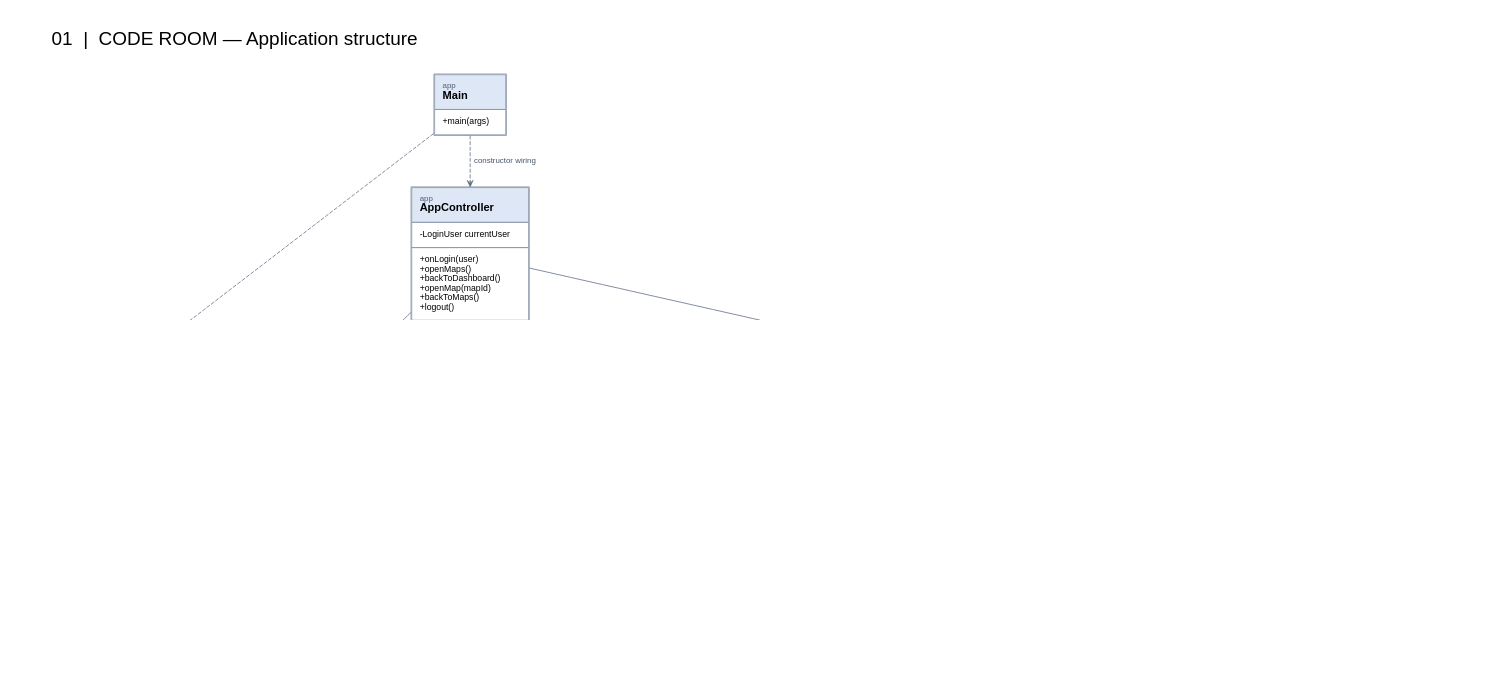
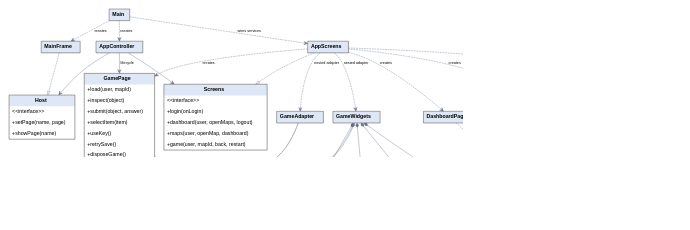
One commit to hhannn001/JavaOOP_repository changed the diagram in Document/diagrams/01_overview.dot. Above: the diagram before and after it, drawn with Graphviz. The commit also changed 34 other files, not shown here.

First line of the commit message:
docs: 현재 구현 기준으로 프로젝트 문서와 다이어그램 재정비

```diff
--- a/Document/diagrams/01_overview.dot
+++ b/Document/diagrams/01_overview.dot
@@ -1,53 +1,57 @@
 digraph G {
-graph [rankdir=TB, bgcolor="white", pad="0.45", nodesep="0.45", ranksep="0.75", dpi=160, splines=polyline, fontname="Helvetica", fontsize=24, labelloc=t, labeljust=l, label="01  |  CODE ROOM — Application structure\n "];
+graph [rankdir=TB, bgcolor="white", pad=0.3, nodesep=0.35, ranksep=0.6, dpi=110];
 node [shape=plain, fontname="Helvetica"];
-edge [fontname="Helvetica", fontsize=10, color="#627086", fontcolor="#46546a", arrowsize=0.8];
-Main [label=<<TABLE BORDER="1" CELLBORDER="1" CELLSPACING="0" CELLPADDING="9" COLOR="#8896a9"><TR><TD ALIGN="LEFT" BGCOLOR="#dde7f5"><FONT POINT-SIZE="10" COLOR="#536075">app</FONT><BR ALIGN="LEFT"/><B>Main</B></TD></TR><TR><TD ALIGN="LEFT" BALIGN="LEFT"><FONT POINT-SIZE="11">+main(args)<BR ALIGN="LEFT"/></FONT></TD></TR></TABLE>>];
-MainFrame [label=<<TABLE BORDER="1" CELLBORDER="1" CELLSPACING="0" CELLPADDING="9" COLOR="#8896a9"><TR><TD ALIGN="LEFT" BGCOLOR="#dde7f5"><FONT POINT-SIZE="10" COLOR="#536075">app</FONT><BR ALIGN="LEFT"/><B>MainFrame</B></TD></TR><TR><TD ALIGN="LEFT" BALIGN="LEFT"><FONT POINT-SIZE="11">-CardLayout layout<BR ALIGN="LEFT"/></FONT></TD></TR><TR><TD ALIGN="LEFT" BALIGN="LEFT"><FONT POINT-SIZE="11">+showPage(name)<BR ALIGN="LEFT"/></FONT></TD></TR></TABLE>>];
-AppController [label=<<TABLE BORDER="1" CELLBORDER="1" CELLSPACING="0" CELLPADDING="9" COLOR="#8896a9"><TR><TD ALIGN="LEFT" BGCOLOR="#dde7f5"><FONT POINT-SIZE="10" COLOR="#536075">app</FONT><BR ALIGN="LEFT"/><B>AppController</B></TD></TR><TR><TD ALIGN="LEFT" BALIGN="LEFT"><FONT POINT-SIZE="11">-LoginUser currentUser<BR ALIGN="LEFT"/></FONT></TD></TR><TR><TD ALIGN="LEFT" BALIGN="LEFT"><FONT POINT-SIZE="11">+onLogin(user)<BR ALIGN="LEFT"/>+openMaps()<BR ALIGN="LEFT"/>+backToDashboard()<BR ALIGN="LEFT"/>+openMap(mapId)<BR ALIGN="LEFT"/>+backToMaps()<BR ALIGN="LEFT"/>+logout()<BR ALIGN="LEFT"/></FONT></TD></TR></TABLE>>];
-DashboardPage [label=<<TABLE BORDER="1" CELLBORDER="1" CELLSPACING="0" CELLPADDING="9" COLOR="#8896a9"><TR><TD ALIGN="LEFT" BGCOLOR="#dde7f5"><FONT POINT-SIZE="10" COLOR="#536075">app</FONT><BR ALIGN="LEFT"/><B>DashboardPage</B></TD></TR><TR><TD ALIGN="LEFT" BALIGN="LEFT"><FONT POINT-SIZE="11">+DashboardPage(user, openMaps, logout)<BR ALIGN="LEFT"/></FONT></TD></TR></TABLE>>];
-LoginPage [label=<<TABLE BORDER="1" CELLBORDER="1" CELLSPACING="0" CELLPADDING="9" COLOR="#8896a9"><TR><TD ALIGN="LEFT" BGCOLOR="#def0ed"><FONT POINT-SIZE="10" COLOR="#536075">pages</FONT><BR ALIGN="LEFT"/><B>LoginPage</B></TD></TR><TR><TD ALIGN="LEFT" BALIGN="LEFT"><FONT POINT-SIZE="11">+showError(message)<BR ALIGN="LEFT"/></FONT></TD></TR></TABLE>>];
-LoginService [label=<<TABLE BORDER="1" CELLBORDER="1" CELLSPACING="0" CELLPADDING="9" COLOR="#8896a9"><TR><TD ALIGN="LEFT" BGCOLOR="#e8e1f6"><FONT POINT-SIZE="10" COLOR="#536075">features</FONT><BR ALIGN="LEFT"/><B>LoginService</B></TD></TR><TR><TD ALIGN="LEFT" BALIGN="LEFT"><FONT POINT-SIZE="11">+login(loginId, password) LoginResult<BR ALIGN="LEFT"/></FONT></TD></TR></TABLE>>];
-MapSelectionPage [label=<<TABLE BORDER="1" CELLBORDER="1" CELLSPACING="0" CELLPADDING="9" COLOR="#8896a9"><TR><TD ALIGN="LEFT" BGCOLOR="#def0ed"><FONT POINT-SIZE="10" COLOR="#536075">pages</FONT><BR ALIGN="LEFT"/><B>MapSelectionPage</B></TD></TR><TR><TD ALIGN="LEFT" BALIGN="LEFT"><FONT POINT-SIZE="11">+render(cards)<BR ALIGN="LEFT"/></FONT></TD></TR></TABLE>>];
-MapCatalogService [label=<<TABLE BORDER="1" CELLBORDER="1" CELLSPACING="0" CELLPADDING="9" COLOR="#8896a9"><TR><TD ALIGN="LEFT" BGCOLOR="#e8e1f6"><FONT POINT-SIZE="10" COLOR="#536075">features</FONT><BR ALIGN="LEFT"/><B>MapCatalogService</B></TD></TR><TR><TD ALIGN="LEFT" BALIGN="LEFT"><FONT POINT-SIZE="11">+listForUser(userId) List&lt;MapCard&gt;<BR ALIGN="LEFT"/></FONT></TD></TR></TABLE>>];
-GamePage [label=<<TABLE BORDER="1" CELLBORDER="1" CELLSPACING="0" CELLPADDING="9" COLOR="#8896a9"><TR><TD ALIGN="LEFT" BGCOLOR="#def0ed"><FONT POINT-SIZE="10" COLOR="#536075">pages</FONT><BR ALIGN="LEFT"/><B>GamePage</B></TD></TR><TR><TD ALIGN="LEFT" BALIGN="LEFT"><FONT POINT-SIZE="11">+render(view)<BR ALIGN="LEFT"/>+disposeGame()<BR ALIGN="LEFT"/></FONT></TD></TR></TABLE>>];
-GameFacade [label=<<TABLE BORDER="1" CELLBORDER="1" CELLSPACING="0" CELLPADDING="9" COLOR="#8896a9"><TR><TD ALIGN="LEFT" BGCOLOR="#e8e1f6"><FONT POINT-SIZE="10" COLOR="#536075">features</FONT><BR ALIGN="LEFT"/><B>GameFacade</B></TD></TR><TR><TD ALIGN="LEFT" BALIGN="LEFT"><FONT POINT-SIZE="11">+loadMap(mapId) GameSetup<BR ALIGN="LEFT"/>+start(userId, setup, nowNanos) GameView<BR ALIGN="LEFT"/>+inspect(objectId) InspectResult<BR ALIGN="LEFT"/>+submit(objectId, answer) SubmitResult<BR ALIGN="LEFT"/>+selectItem(itemId) GameView<BR ALIGN="LEFT"/>+useKey(nowNanos) EscapeResult<BR ALIGN="LEFT"/>+saveClear(record)<BR ALIGN="LEFT"/>+view(nowNanos) GameView<BR ALIGN="LEFT"/></FONT></TD></TR></TABLE>>];
-RoomPanel [label=<<TABLE BORDER="1" CELLBORDER="1" CELLSPACING="0" CELLPADDING="9" COLOR="#8896a9"><TR><TD ALIGN="LEFT" BGCOLOR="#fff0d7"><FONT POINT-SIZE="10" COLOR="#536075">widgets</FONT><BR ALIGN="LEFT"/><B>RoomPanel</B></TD></TR></TABLE>>];
-InventoryPanel [label=<<TABLE BORDER="1" CELLBORDER="1" CELLSPACING="0" CELLPADDING="9" COLOR="#8896a9"><TR><TD ALIGN="LEFT" BGCOLOR="#fff0d7"><FONT POINT-SIZE="10" COLOR="#536075">widgets</FONT><BR ALIGN="LEFT"/><B>InventoryPanel</B></TD></TR></TABLE>>];
-CluePanel [label=<<TABLE BORDER="1" CELLBORDER="1" CELLSPACING="0" CELLPADDING="9" COLOR="#8896a9"><TR><TD ALIGN="LEFT" BGCOLOR="#fff0d7"><FONT POINT-SIZE="10" COLOR="#536075">widgets</FONT><BR ALIGN="LEFT"/><B>CluePanel</B></TD></TR></TABLE>>];
-AnswerInputPanel [label=<<TABLE BORDER="1" CELLBORDER="1" CELLSPACING="0" CELLPADDING="9" COLOR="#8896a9"><TR><TD ALIGN="LEFT" BGCOLOR="#e8e1f6"><FONT POINT-SIZE="10" COLOR="#536075">features</FONT><BR ALIGN="LEFT"/><B>AnswerInputPanel</B></TD></TR></TABLE>>];
-ResultPanel [label=<<TABLE BORDER="1" CELLBORDER="1" CELLSPACING="0" CELLPADDING="9" COLOR="#8896a9"><TR><TD ALIGN="LEFT" BGCOLOR="#fff0d7"><FONT POINT-SIZE="10" COLOR="#536075">widgets</FONT><BR ALIGN="LEFT"/><B>ResultPanel</B></TD></TR></TABLE>>];
-Main -> AppController [style=dashed, arrowhead=vee, label="constructor wiring"];
-Main -> MainFrame [style=dashed, arrowhead=vee];
-AppController -> MainFrame [arrowhead=vee];
-AppController -> LoginPage [arrowhead=vee];
-AppController -> DashboardPage [arrowhead=vee];
-AppController -> MapSelectionPage [arrowhead=vee];
-AppController -> GamePage [arrowhead=vee];
+edge [fontname="Helvetica", fontsize=10, color="#627086"];
+Main [label=<<TABLE BORDER="1" CELLBORDER="0" CELLSPACING="0" CELLPADDING="7"><TR><TD BGCOLOR="#dde7f5"><B>Main</B></TD></TR></TABLE>>];
+MainFrame [label=<<TABLE BORDER="1" CELLBORDER="0" CELLSPACING="0" CELLPADDING="7"><TR><TD BGCOLOR="#dde7f5"><B>MainFrame</B></TD></TR></TABLE>>];
+AppController [label=<<TABLE BORDER="1" CELLBORDER="0" CELLSPACING="0" CELLPADDING="7"><TR><TD BGCOLOR="#dde7f5"><B>AppController</B></TD></TR></TABLE>>];
+Host [label=<<TABLE BORDER="1" CELLBORDER="0" CELLSPACING="0" CELLPADDING="7"><TR><TD BGCOLOR="#dde7f5"><B>Host</B></TD></TR><TR><TD ALIGN="LEFT">&lt;&lt;interface&gt;&gt;</TD></TR><TR><TD ALIGN="LEFT">+setPage(name, page)</TD></TR><TR><TD ALIGN="LEFT">+showPage(name)</TD></TR></TABLE>>];
+Screens [label=<<TABLE BORDER="1" CELLBORDER="0" CELLSPACING="0" CELLPADDING="7"><TR><TD BGCOLOR="#dde7f5"><B>Screens</B></TD></TR><TR><TD ALIGN="LEFT">&lt;&lt;interface&gt;&gt;</TD></TR><TR><TD ALIGN="LEFT">+login(onLogin)</TD></TR><TR><TD ALIGN="LEFT">+dashboard(user, openMaps, logout)</TD></TR><TR><TD ALIGN="LEFT">+maps(user, openMap, dashboard)</TD></TR><TR><TD ALIGN="LEFT">+game(user, mapId, back, restart)</TD></TR></TABLE>>];
+AppScreens [label=<<TABLE BORDER="1" CELLBORDER="0" CELLSPACING="0" CELLPADDING="7"><TR><TD BGCOLOR="#dde7f5"><B>AppScreens</B></TD></TR></TABLE>>];
+DashboardPage [label=<<TABLE BORDER="1" CELLBORDER="0" CELLSPACING="0" CELLPADDING="7"><TR><TD BGCOLOR="#dde7f5"><B>DashboardPage</B></TD></TR></TABLE>>];
+DashboardRecordDialog [label=<<TABLE BORDER="1" CELLBORDER="0" CELLSPACING="0" CELLPADDING="7"><TR><TD BGCOLOR="#dde7f5"><B>DashboardRecordDialog</B></TD></TR></TABLE>>];
+DashboardRecords [label=<<TABLE BORDER="1" CELLBORDER="0" CELLSPACING="0" CELLPADDING="7"><TR><TD BGCOLOR="#dde7f5"><B>DashboardRecords</B></TD></TR></TABLE>>];
+LoginPage [label=<<TABLE BORDER="1" CELLBORDER="0" CELLSPACING="0" CELLPADDING="7"><TR><TD BGCOLOR="#dde7f5"><B>LoginPage</B></TD></TR></TABLE>>];
+LoginService [label=<<TABLE BORDER="1" CELLBORDER="0" CELLSPACING="0" CELLPADDING="7"><TR><TD BGCOLOR="#dde7f5"><B>LoginService</B></TD></TR></TABLE>>];
+MapSelectionPage [label=<<TABLE BORDER="1" CELLBORDER="0" CELLSPACING="0" CELLPADDING="7"><TR><TD BGCOLOR="#dde7f5"><B>MapSelectionPage</B></TD></TR></TABLE>>];
+MapCatalogService [label=<<TABLE BORDER="1" CELLBORDER="0" CELLSPACING="0" CELLPADDING="7"><TR><TD BGCOLOR="#dde7f5"><B>MapCatalogService</B></TD></TR></TABLE>>];
+GamePage [label=<<TABLE BORDER="1" CELLBORDER="0" CELLSPACING="0" CELLPADDING="7"><TR><TD BGCOLOR="#dde7f5"><B>GamePage</B></TD></TR><TR><TD ALIGN="LEFT">+load(user, mapId)</TD></TR><TR><TD ALIGN="LEFT">+inspect(object)</TD></TR><TR><TD ALIGN="LEFT">+submit(object, answer)</TD></TR><TR><TD ALIGN="LEFT">+selectItem(item)</TD></TR><TR><TD ALIGN="LEFT">+useKey()</TD></TR><TR><TD ALIGN="LEFT">+retrySave()</TD></TR><TR><TD ALIGN="LEFT">+disposeGame()</TD></TR></TABLE>>];
+GamePort [label=<<TABLE BORDER="1" CELLBORDER="0" CELLSPACING="0" CELLPADDING="7"><TR><TD BGCOLOR="#dde7f5"><B>GamePort</B></TD></TR><TR><TD ALIGN="LEFT">&lt;&lt;interface&gt;&gt;</TD></TR></TABLE>>];
+Widgets [label=<<TABLE BORDER="1" CELLBORDER="0" CELLSPACING="0" CELLPADDING="7"><TR><TD BGCOLOR="#dde7f5"><B>Widgets</B></TD></TR><TR><TD ALIGN="LEFT">&lt;&lt;interface&gt;&gt;</TD></TR></TABLE>>];
+GameAdapter [label=<<TABLE BORDER="1" CELLBORDER="0" CELLSPACING="0" CELLPADDING="7"><TR><TD BGCOLOR="#dde7f5"><B>GameAdapter</B></TD></TR></TABLE>>];
+GameWidgets [label=<<TABLE BORDER="1" CELLBORDER="0" CELLSPACING="0" CELLPADDING="7"><TR><TD BGCOLOR="#dde7f5"><B>GameWidgets</B></TD></TR></TABLE>>];
+GameFacade [label=<<TABLE BORDER="1" CELLBORDER="0" CELLSPACING="0" CELLPADDING="7"><TR><TD BGCOLOR="#dde7f5"><B>GameFacade</B></TD></TR></TABLE>>];
+RoomPanel [label=<<TABLE BORDER="1" CELLBORDER="0" CELLSPACING="0" CELLPADDING="7"><TR><TD BGCOLOR="#dde7f5"><B>RoomPanel</B></TD></TR></TABLE>>];
+InventoryPanel [label=<<TABLE BORDER="1" CELLBORDER="0" CELLSPACING="0" CELLPADDING="7"><TR><TD BGCOLOR="#dde7f5"><B>InventoryPanel</B></TD></TR></TABLE>>];
+CluePanel [label=<<TABLE BORDER="1" CELLBORDER="0" CELLSPACING="0" CELLPADDING="7"><TR><TD BGCOLOR="#dde7f5"><B>CluePanel</B></TD></TR></TABLE>>];
+AnswerInputPanel [label=<<TABLE BORDER="1" CELLBORDER="0" CELLSPACING="0" CELLPADDING="7"><TR><TD BGCOLOR="#dde7f5"><B>AnswerInputPanel</B></TD></TR></TABLE>>];
+ResultPanel [label=<<TABLE BORDER="1" CELLBORDER="0" CELLSPACING="0" CELLPADDING="7"><TR><TD BGCOLOR="#dde7f5"><B>ResultPanel</B></TD></TR></TABLE>>];
+Main -> MainFrame [style=dashed, arrowhead=vee, label="creates"];
+Main -> AppController [style=dashed, arrowhead=vee, label="creates"];
+Main -> AppScreens [style=dashed, arrowhead=vee, label="wires services"];
+MainFrame -> Host [style=dashed, arrowhead=empty];
+AppScreens -> Screens [style=dashed, arrowhead=empty];
+AppController -> Host [arrowhead=vee];
+AppController -> Screens [arrowhead=vee];
+AppController -> GamePage [arrowhead=vee, label="lifecycle"];
+AppScreens -> DashboardPage [style=dashed, arrowhead=vee, label="creates"];
+AppScreens -> LoginPage [style=dashed, arrowhead=vee, label="creates"];
+AppScreens -> MapSelectionPage [style=dashed, arrowhead=vee, label="creates"];
+AppScreens -> GamePage [style=dashed, arrowhead=vee, label="creates"];
+AppScreens -> GameAdapter [style=dashed, arrowhead=vee, label="nested adapter"];
+AppScreens -> GameWidgets [style=dashed, arrowhead=vee, label="nested adapter"];
+DashboardPage -> DashboardRecordDialog [style=dashed, arrowhead=vee, label="opens"];
+DashboardRecordDialog -> DashboardRecords [arrowhead=vee];
 LoginPage -> LoginService [arrowhead=vee];
 MapSelectionPage -> MapCatalogService [arrowhead=vee];
-GamePage -> GameFacade [arrowhead=vee];
-GamePage -> RoomPanel [dir=both, arrowtail=diamond, arrowhead=none];
-GamePage -> InventoryPanel [dir=both, arrowtail=diamond, arrowhead=none];
-GamePage -> CluePanel [dir=both, arrowtail=diamond, arrowhead=none];
-GamePage -> AnswerInputPanel [dir=both, arrowtail=diamond, arrowhead=none];
-GamePage -> ResultPanel [dir=both, arrowtail=diamond, arrowhead=none];
-{rank=same; LoginPage; DashboardPage; MapSelectionPage; GamePage;}
-legend [shape=plain, label=<<FONT POINT-SIZE="10" COLOR="#627086">+ public   /   - private     |     dashed arrow: dependency     |     solid arrow: reference<BR/>filled diamond: composition     |     hollow diamond: aggregation     |     hollow triangle: interface implementation</FONT>>];
-{rank=sink; legend;}
-Main -> legend [style=invis];
-MainFrame -> legend [style=invis];
-AppController -> legend [style=invis];
-LoginPage -> legend [style=invis];
-DashboardPage -> legend [style=invis];
-LoginService -> legend [style=invis];
-MapSelectionPage -> legend [style=invis];
-MapCatalogService -> legend [style=invis];
-GamePage -> legend [style=invis];
-GameFacade -> legend [style=invis];
-RoomPanel -> legend [style=invis];
-InventoryPanel -> legend [style=invis];
-CluePanel -> legend [style=invis];
-AnswerInputPanel -> legend [style=invis];
-ResultPanel -> legend [style=invis];
+GamePage -> GamePort [arrowhead=vee];
+GamePage -> Widgets [arrowhead=vee];
+GameAdapter -> GamePort [style=dashed, arrowhead=empty];
+GameAdapter -> GameFacade [arrowhead=vee];
+GameWidgets -> Widgets [style=dashed, arrowhead=empty];
+GameWidgets -> RoomPanel [dir=both, arrowtail=diamond, arrowhead=none];
+GameWidgets -> InventoryPanel [dir=both, arrowtail=diamond, arrowhead=none];
+GameWidgets -> CluePanel [dir=both, arrowtail=diamond, arrowhead=none];
+GameWidgets -> AnswerInputPanel [dir=both, arrowtail=diamond, arrowhead=none];
+GameWidgets -> ResultPanel [dir=both, arrowtail=diamond, arrowhead=none];
 }
```
